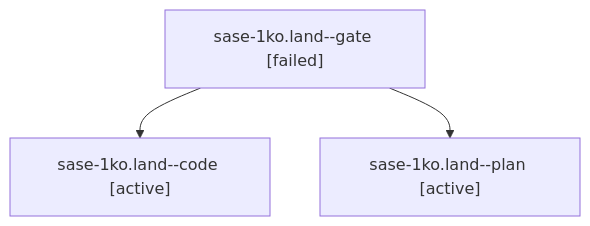
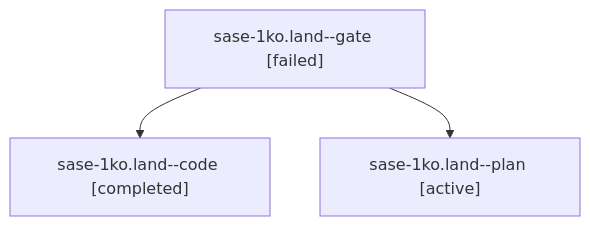
Before and after one commit to sase-org/sase--agents: the diagram in sessions/bbugyi200.apollo.sase-1ko.land.md, drawn with Mermaid. The commit also changed other lines of this file and 60 other files, not shown here.

````diff
--- a/sessions/bbugyi200.apollo.sase-1ko.land.md
+++ b/sessions/bbugyi200.apollo.sase-1ko.land.md
@@ -9,8 +9,8 @@
 ```mermaid
 flowchart TD
   n0["sase-1ko.land--gate [failed]"]
-  n1["sase-1ko.land--code [active]"]
+  n1["sase-1ko.land--code [completed]"]
   n0 --> n1
   n2["sase-1ko.land--plan [active]"]
   n0 --> n2
 ```
````
